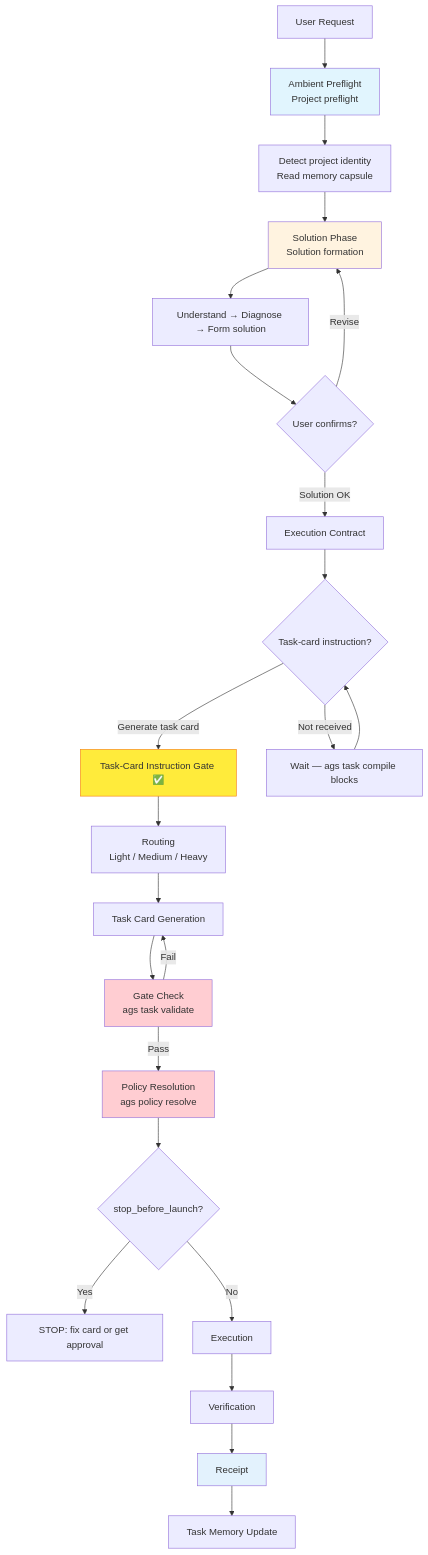
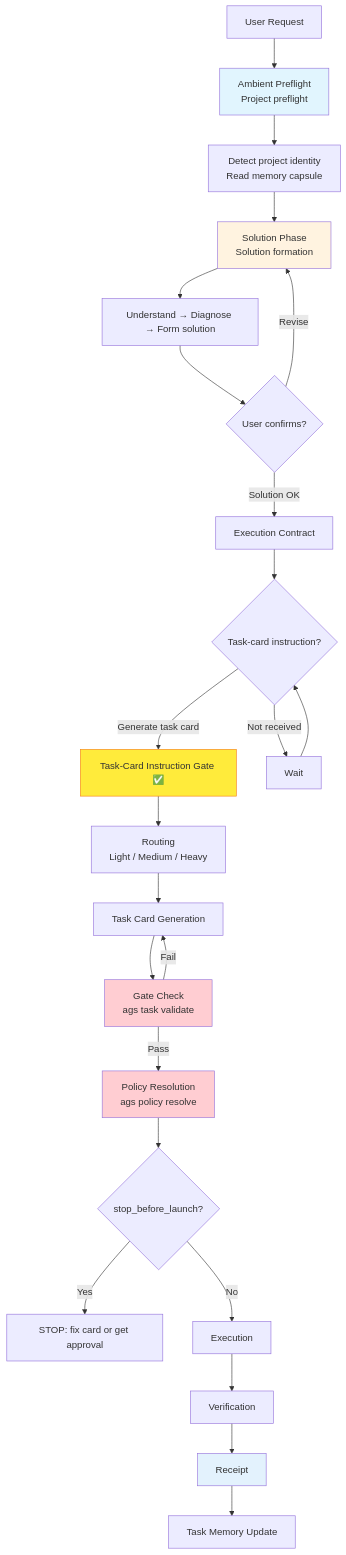
Before and after one commit to FernandeZ-hjm/Agent-General-Staff: the diagram in README.en.md, drawn with Mermaid. The commit also changed other lines of this file and 34 other files, not shown here.

````diff
--- a/README.en.md
+++ b/README.en.md
@@ -74,32 +160,32 @@
 ```mermaid
 flowchart TD
     A[User Request] --> B[Ambient Preflight<br/>Project preflight]
     B --> B1[Detect project identity<br/>Read memory capsule]
     B1 --> C[Solution Phase<br/>Solution formation]
     C --> C1[Understand → Diagnose → Form solution]
     C1 --> D{User confirms?}
     D -->|Solution OK| E[Execution Contract]
     D -->|Revise| C
     E --> F{Task-card instruction?}
     F -->|Generate task card| G[Task-Card Instruction Gate ✅]
-    F -->|Not received| F_WAIT[Wait — ags task compile blocks]
+    F -->|Not received| F_WAIT[Wait]
     F_WAIT --> F
     G --> H[Routing<br/>Light / Medium / Heavy]
     H --> I[Task Card Generation]
     I --> J[Gate Check<br/>ags task validate]
     J -->|Pass| K[Policy Resolution<br/>ags policy resolve]
     J -->|Fail| I
     K --> L{stop_before_launch?}
     L -->|Yes| L_STOP[STOP: fix card or get approval]
     L -->|No| M[Execution]
     M --> N[Verification]
     N --> O[Receipt]
     O --> P[Task Memory Update]
 
     style B fill:#e1f5fe
     style C fill:#fff3e0
     style G fill:#ffeb3b,stroke:#f57f17
     style J fill:#ffcdd2
     style K fill:#ffcdd2
     style O fill:#e3f2fd
 ```
````
